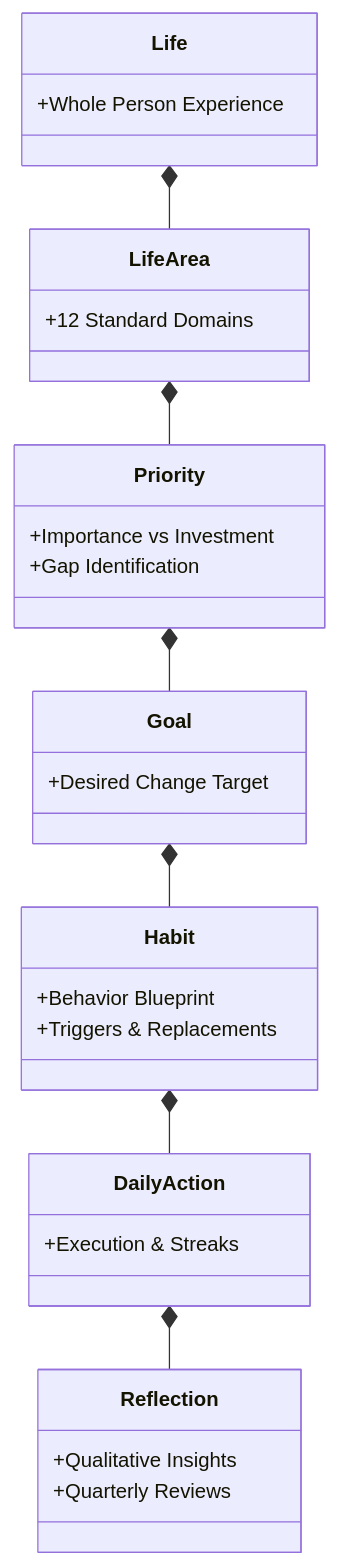
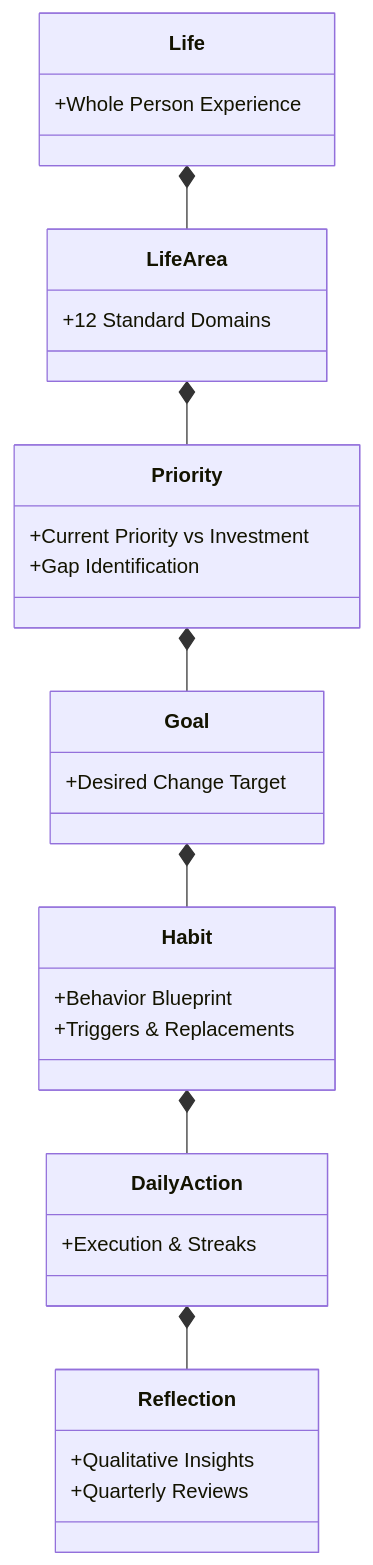
One commit to assertivecode/bona-loko changed the second of 2 diagrams in README.md. Above: the diagram before and after it, drawn with Mermaid. The commit also changed other lines of this file and 96 other files, not shown here.

````diff
--- a/README.md
+++ b/README.md
@@ -103,35 +114,35 @@
 ```mermaid
 classDiagram
     direction TB
     class Life {
         +Whole Person Experience
     }
     class LifeArea {
         +12 Standard Domains
     }
     class Priority {
-        +Importance vs Investment
+        +Current Priority vs Investment
         +Gap Identification
     }
     class Goal {
         +Desired Change Target
     }
     class Habit {
         +Behavior Blueprint
         +Triggers & Replacements
     }
     class DailyAction {
         +Execution & Streaks
     }
     class Reflection {
         +Qualitative Insights
         +Quarterly Reviews
     }
 
     Life *-- LifeArea
     LifeArea *-- Priority
     Priority *-- Goal
     Goal *-- Habit
     Habit *-- DailyAction
     DailyAction *-- Reflection
 ```
````
